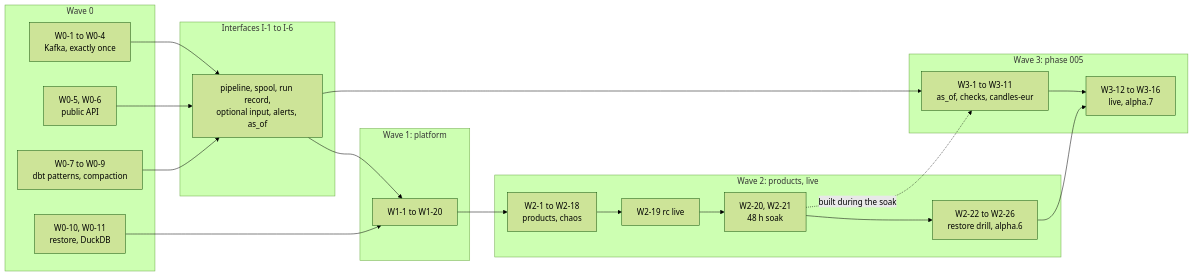
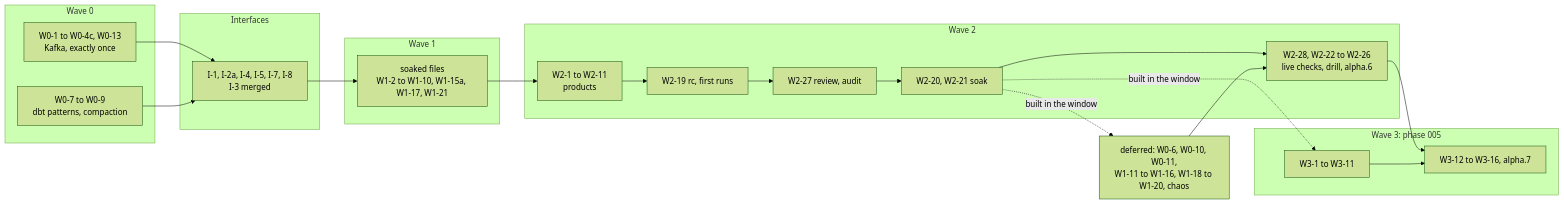
One commit to rjdscott/k2-market-data-platform changed the diagram in docs/research/2026-11-28-phases-004-005-build-breakdown.md. Above: the diagram before and after it, drawn with Mermaid (forest theme). The commit also changed other lines of this file, not shown here.

First line of the commit message:
docs(research): revise the 004+005 breakdown with the review's findings

````diff
--- a/docs/research/2026-11-28-phases-004-005-build-breakdown.md
+++ b/docs/research/2026-11-28-phases-004-005-build-breakdown.md
@@ -251,34 +387,33 @@
 ```mermaid
 flowchart LR
-  subgraph IF["Interfaces I-1 to I-6"]
-    I["pipeline, spool, run record,<br/>optional input, alerts, as_of"]
+  subgraph IF["Interfaces"]
+    I["I-1, I-2a, I-4, I-5, I-7, I-8<br/>I-3 merged"]
   end
   subgraph W0["Wave 0"]
-    K["W0-1 to W0-4<br/>Kafka, exactly once"]
-    A["W0-5, W0-6<br/>public API"]
+    K["W0-1 to W0-4c, W0-13<br/>Kafka, exactly once"]
     D["W0-7 to W0-9<br/>dbt patterns, compaction"]
-    R["W0-10, W0-11<br/>restore, DuckDB"]
   end
-  subgraph W1["Wave 1: platform"]
-    P["W1-1 to W1-20"]
+  subgraph W1["Wave 1"]
+    P["soaked files<br/>W1-2 to W1-10, W1-15a, W1-17, W1-21"]
   end
-  subgraph W2["Wave 2: products, live"]
-    PR["W2-1 to W2-18<br/>products, chaos"]
-    LV["W2-19 rc live"]
-    SK["W2-20, W2-21<br/>48 h soak"]
-    EX["W2-22 to W2-26<br/>restore drill, alpha.6"]
+  subgraph W2["Wave 2"]
+    PR["W2-1 to W2-11<br/>products"]
+    LV["W2-19 rc, first runs"]
+    RV["W2-27 review, audit"]
+    SK["W2-20, W2-21 soak"]
+    EX["W2-28, W2-22 to W2-26<br/>live checks, drill, alpha.6"]
   end
+  DF["deferred: W0-6, W0-10, W0-11,<br/>W1-11 to W1-16, W1-18 to W1-20, chaos"]
   subgraph W3["Wave 3: phase 005"]
-    E["W3-1 to W3-11<br/>as_of, checks, candles-eur"]
-    E2["W3-12 to W3-16<br/>live, alpha.7"]
+    E["W3-1 to W3-11"]
+    E2["W3-12 to W3-16, alpha.7"]
   end
   K --> I
-  A --> I
   D --> I
-  I --> P --> PR --> LV --> SK --> EX
-  R --> P
-  I --> E
-  SK -.->|"built during the soak"| E
+  I --> P --> PR --> LV --> RV --> SK --> EX
+  SK -.->|"built in the window"| DF
+  DF --> EX
+  SK -.->|"built in the window"| E
   EX --> E2
   E --> E2
 ```
````
